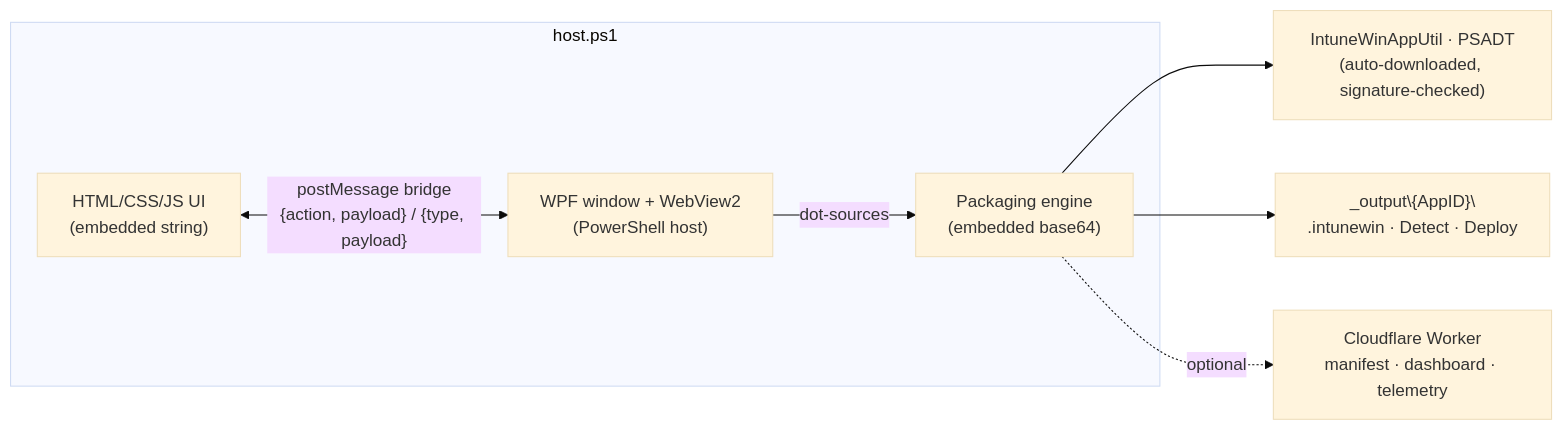
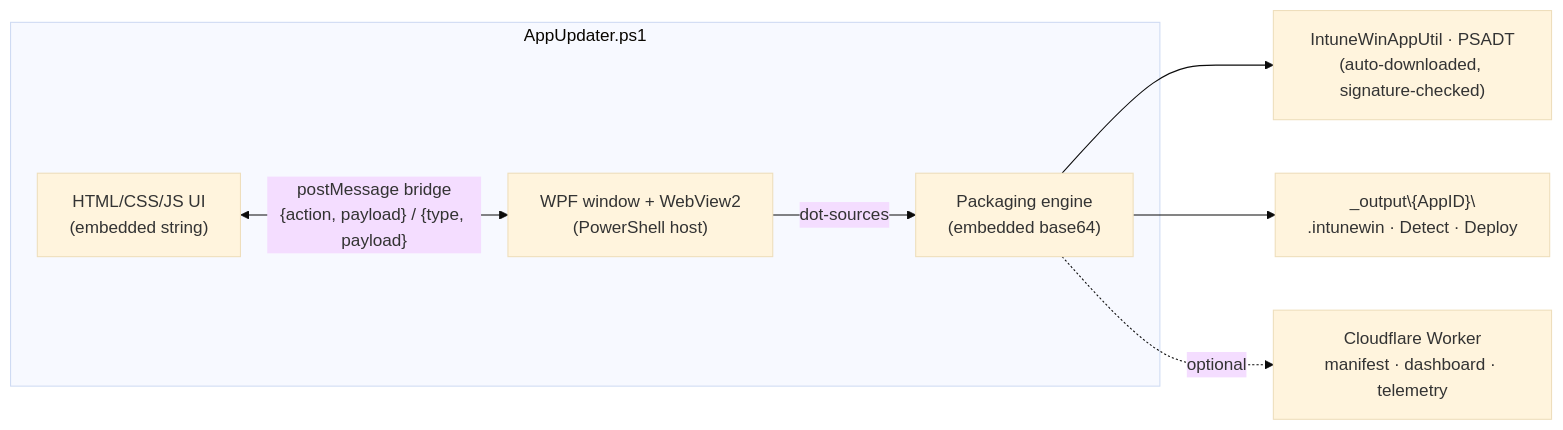
Before and after one commit to Lyvvy-xyz/appupdater: the first of 3 diagrams in README.md, drawn with Mermaid (base theme). The commit also changed other lines of this file and 1 other file, not shown here.

````diff
--- a/README.md
+++ b/README.md
@@ -172,13 +175,13 @@
 ```mermaid
 flowchart LR
-    subgraph host.ps1
+    subgraph AppUpdater.ps1
       UI["HTML/CSS/JS UI<br/>(embedded string)"]
       Shell["WPF window + WebView2<br/>(PowerShell host)"]
       Engine["Packaging engine<br/>(embedded base64)"]
     end
     UI <-- "postMessage bridge<br/>{action, payload} / {type, payload}" --> Shell
     Shell -- "dot-sources" --> Engine
     Engine --> Tools["IntuneWinAppUtil · PSADT<br/>(auto-downloaded, signature-checked)"]
     Engine --> Out["_output\{AppID}\<br/>.intunewin · Detect · Deploy"]
     Engine -. optional .-> CF["Cloudflare Worker<br/>manifest · dashboard · telemetry"]
 ```
````
